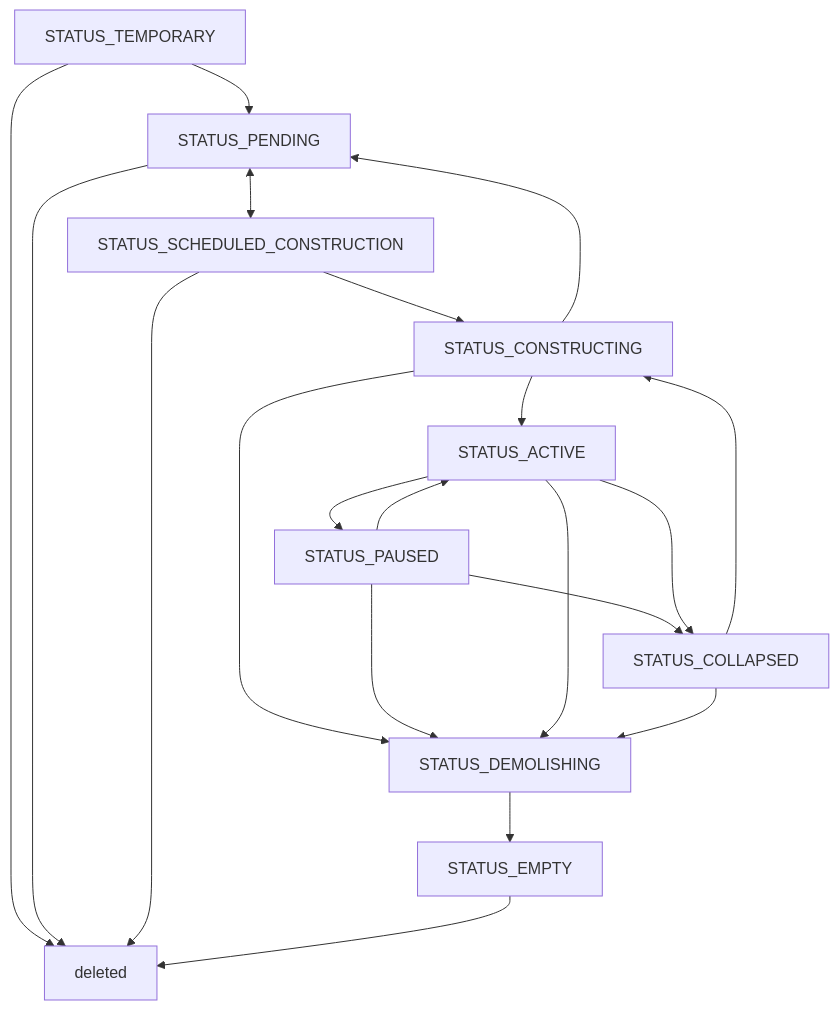
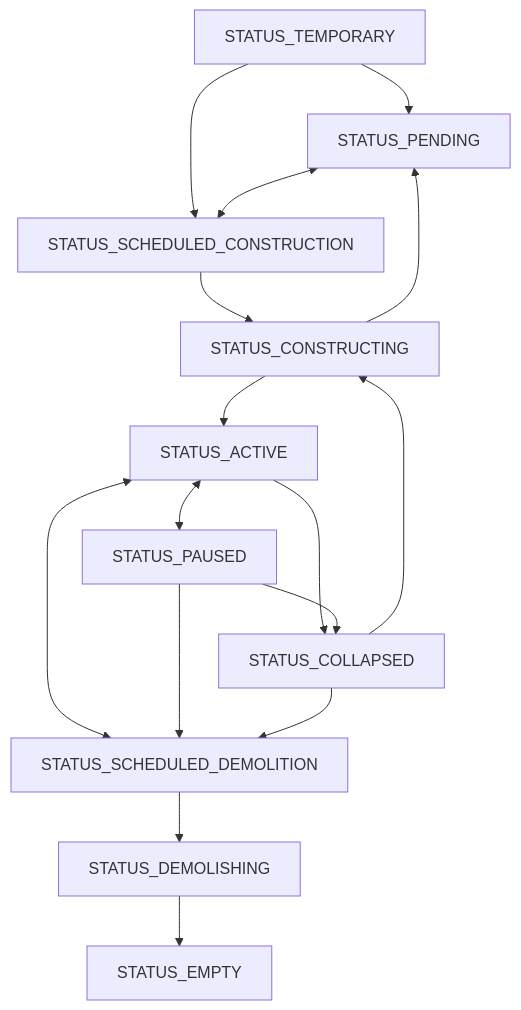
Before and after one commit to satken2/city-genesis: the diagram in docs/docs/economics/2_経済主体.md, drawn with Mermaid. The commit also changed other lines of this file and 28 other files, not shown here.

````diff
--- a/docs/docs/economics/2_経済主体.md
+++ b/docs/docs/economics/2_経済主体.md
@@ -116,22 +59,18 @@
 ```mermaid
 graph TD
 STATUS_TEMPORARY --> STATUS_PENDING
-STATUS_TEMPORARY --> deleted
+STATUS_TEMPORARY --> STATUS_SCHEDULED_CONSTRUCTION
 STATUS_PENDING <--> STATUS_SCHEDULED_CONSTRUCTION
-STATUS_PENDING --> deleted
 STATUS_SCHEDULED_CONSTRUCTION --> STATUS_CONSTRUCTING
-STATUS_SCHEDULED_CONSTRUCTION --> deleted
+STATUS_CONSTRUCTING --> STATUS_PENDING
 STATUS_CONSTRUCTING --> STATUS_ACTIVE
-STATUS_CONSTRUCTING --> STATUS_PENDING
-STATUS_CONSTRUCTING --> STATUS_DEMOLISHING
-STATUS_ACTIVE --> STATUS_PAUSED
-STATUS_PAUSED --> STATUS_ACTIVE
-STATUS_PAUSED --> STATUS_DEMOLISHING
+STATUS_ACTIVE <--> STATUS_PAUSED
+STATUS_ACTIVE <--> STATUS_SCHEDULED_DEMOLITION
+STATUS_PAUSED --> STATUS_SCHEDULED_DEMOLITION
+STATUS_ACTIVE --> STATUS_COLLAPSED
 STATUS_PAUSED --> STATUS_COLLAPSED
-STATUS_ACTIVE --> STATUS_DEMOLISHING
-STATUS_ACTIVE --> STATUS_COLLAPSED
-STATUS_COLLAPSED --> STATUS_DEMOLISHING
+STATUS_COLLAPSED --> STATUS_SCHEDULED_DEMOLITION
 STATUS_COLLAPSED --> STATUS_CONSTRUCTING
+STATUS_SCHEDULED_DEMOLITION --> STATUS_DEMOLISHING
 STATUS_DEMOLISHING --> STATUS_EMPTY
-STATUS_EMPTY --> deleted
 ```
````
